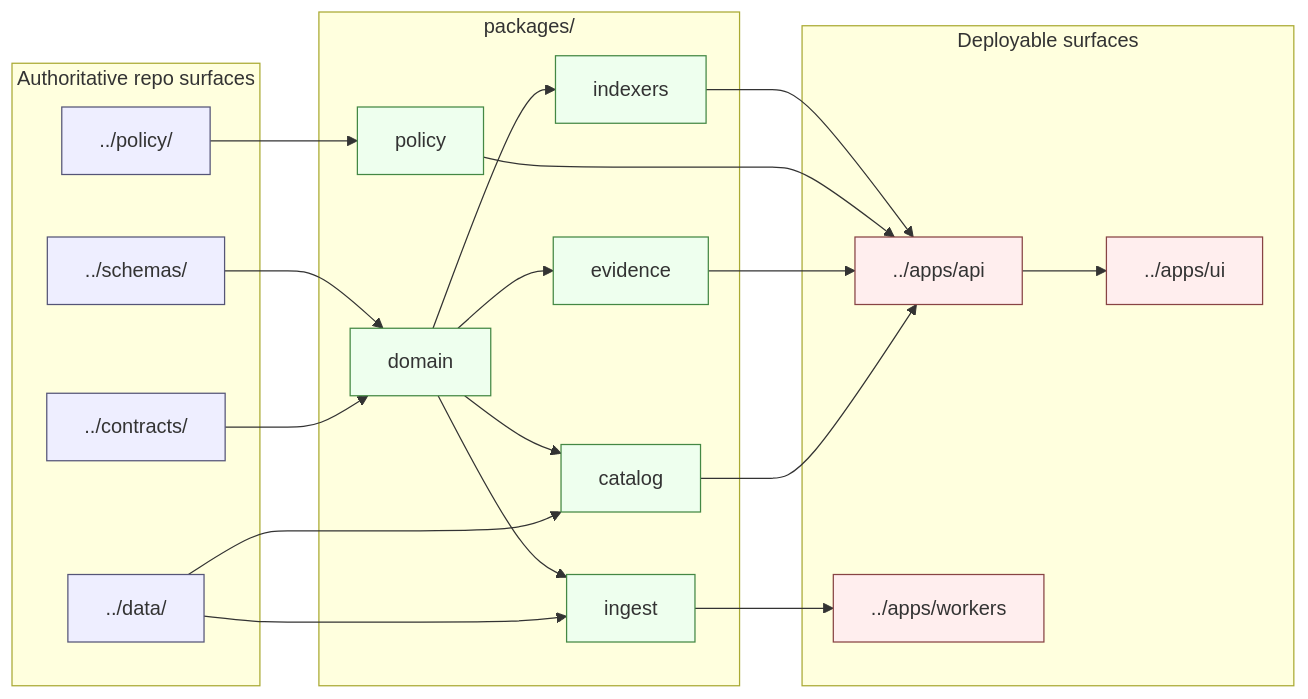
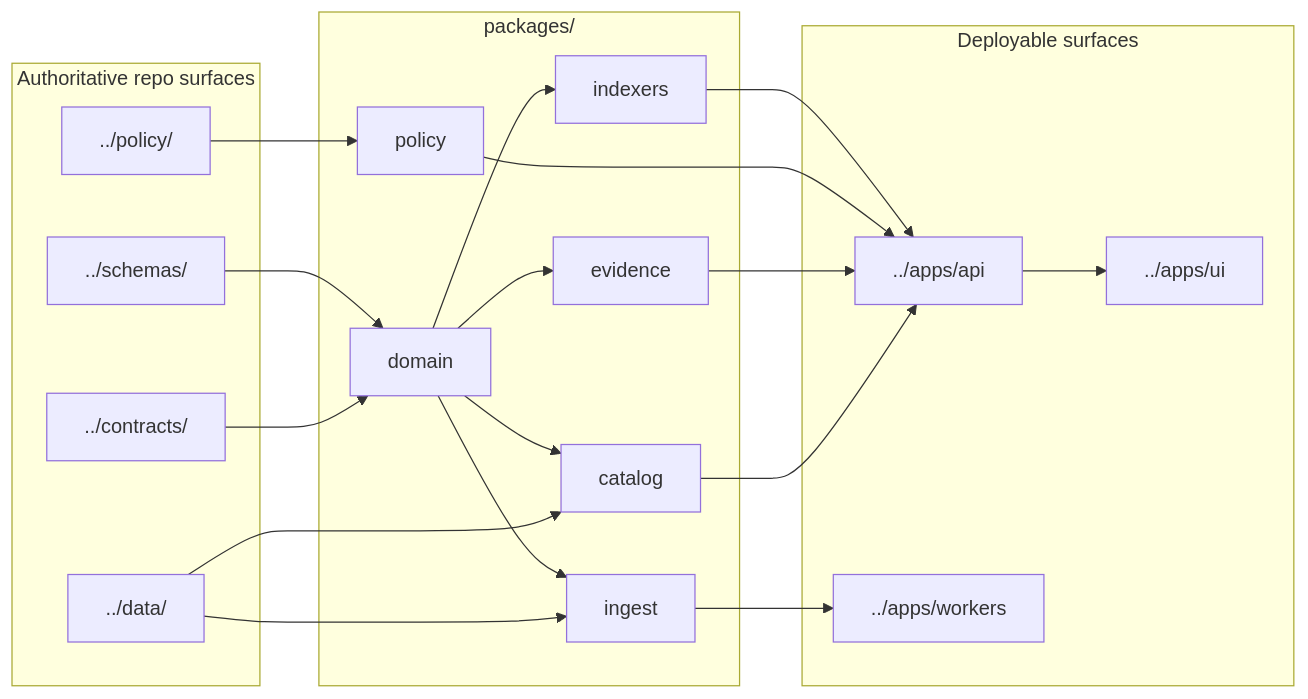
Before and after one commit to bartytime4life/Kansas-Frontier-Matrix: the diagram in packages/README.md, drawn with Mermaid. The commit also changed other lines of this file, not shown here.

````diff
--- a/packages/README.md
+++ b/packages/README.md
@@ -193,50 +201,42 @@
 ```mermaid
 flowchart LR
     subgraph Canonical["Authoritative repo surfaces"]
         C1["../contracts/"]
         C2["../schemas/"]
         C3["../policy/"]
         C4["../data/"]
     end
 
     subgraph Packages["packages/"]
         P1["domain"]
         P2["ingest"]
         P3["catalog"]
         P4["evidence"]
         P5["policy"]
         P6["indexers"]
     end
 
     subgraph Deployable["Deployable surfaces"]
         A1["../apps/api"]
         A2["../apps/ui"]
         A3["../apps/workers"]
     end
 
     C1 --> P1
     C2 --> P1
     C3 --> P5
     C4 --> P2
     C4 --> P3
 
     P1 --> P2
     P1 --> P3
     P1 --> P4
     P1 --> P6
 
     P2 --> A3
     P3 --> A1
     P4 --> A1
     P5 --> A1
     P6 --> A1
     A1 --> A2
-
-    classDef canon fill:#eef,stroke:#557;
-    classDef pkg fill:#efe,stroke:#484;
-    classDef app fill:#fee,stroke:#844;
-
-    class C1,C2,C3,C4 canon;
-    class P1,P2,P3,P4,P5,P6 pkg;
-    class A1,A2,A3 app;
 ```
````
